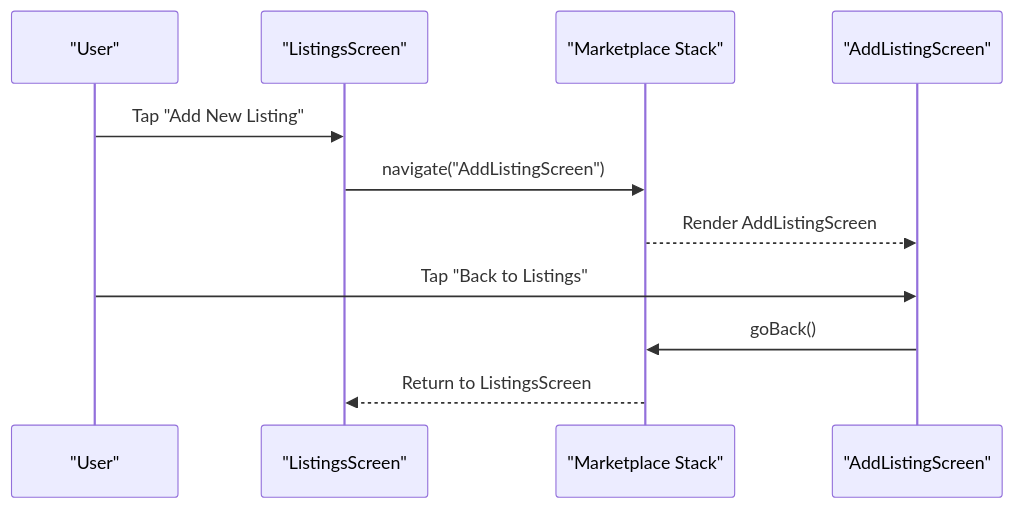
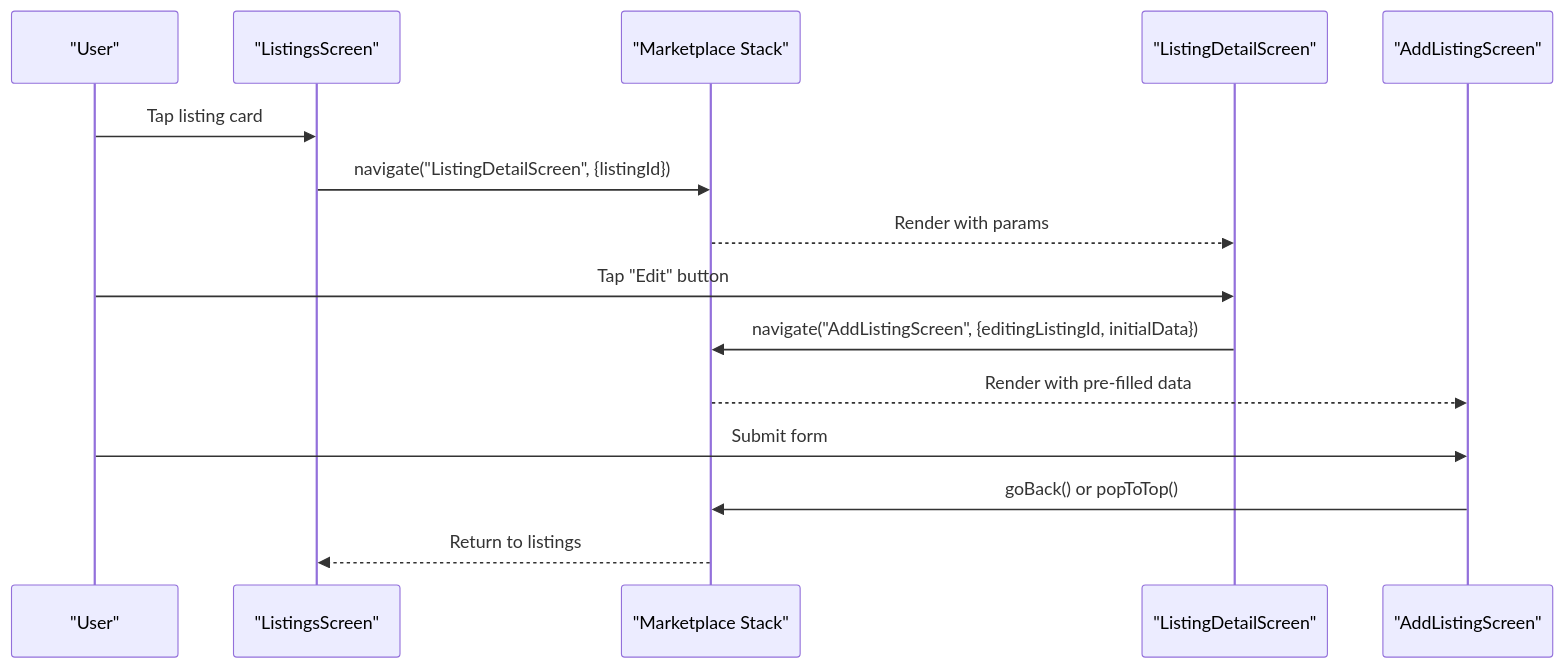
One commit to Aiman-Naeem/KisaanDost_AI_hackathon_Pakistan changed the fourth of 5 diagrams in .qoder/repowiki/en/content/Navigation System.md. Above: the diagram before and after it, drawn with Mermaid. The commit also changed other lines of this file and 42 other files, not shown here.

Commit message:
Day 2: farmer identity persistence, voice UX polish, listing detail/edit/call, shared design system, QA pass

````diff
--- a/.qoder/repowiki/en/content/Navigation System.md
+++ b/.qoder/repowiki/en/content/Navigation System.md
@@ -132,13 +167,17 @@
 ```mermaid
 sequenceDiagram
 participant User as "User"
 participant Listings as "ListingsScreen"
 participant Stack as "Marketplace Stack"
+participant Detail as "ListingDetailScreen"
 participant Add as "AddListingScreen"
-User->>Listings : Tap "Add New Listing"
-Listings->>Stack : navigate("AddListingScreen")
-Stack-->>Add : Render AddListingScreen
-User->>Add : Tap "Back to Listings"
-Add->>Stack : goBack()
-Stack-->>Listings : Return to ListingsScreen
+User->>Listings : Tap listing card
+Listings->>Stack : navigate("ListingDetailScreen", {listingId})
+Stack-->>Detail : Render with params
+User->>Detail : Tap "Edit" button
+Detail->>Stack : navigate("AddListingScreen", {editingListingId, initialData})
+Stack-->>Add : Render with pre-filled data
+User->>Add : Submit form
+Add->>Stack : goBack() or popToTop()
+Stack-->>Listings : Return to listings
 ```
````
